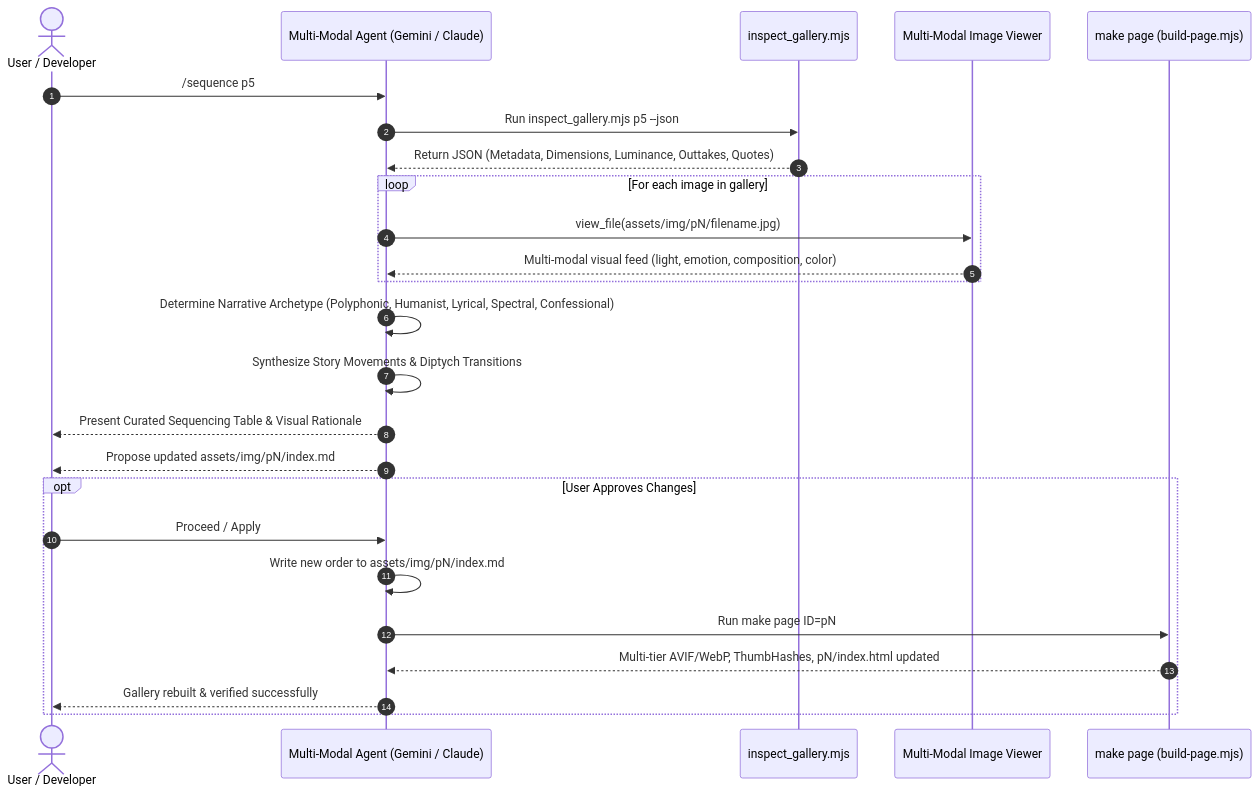
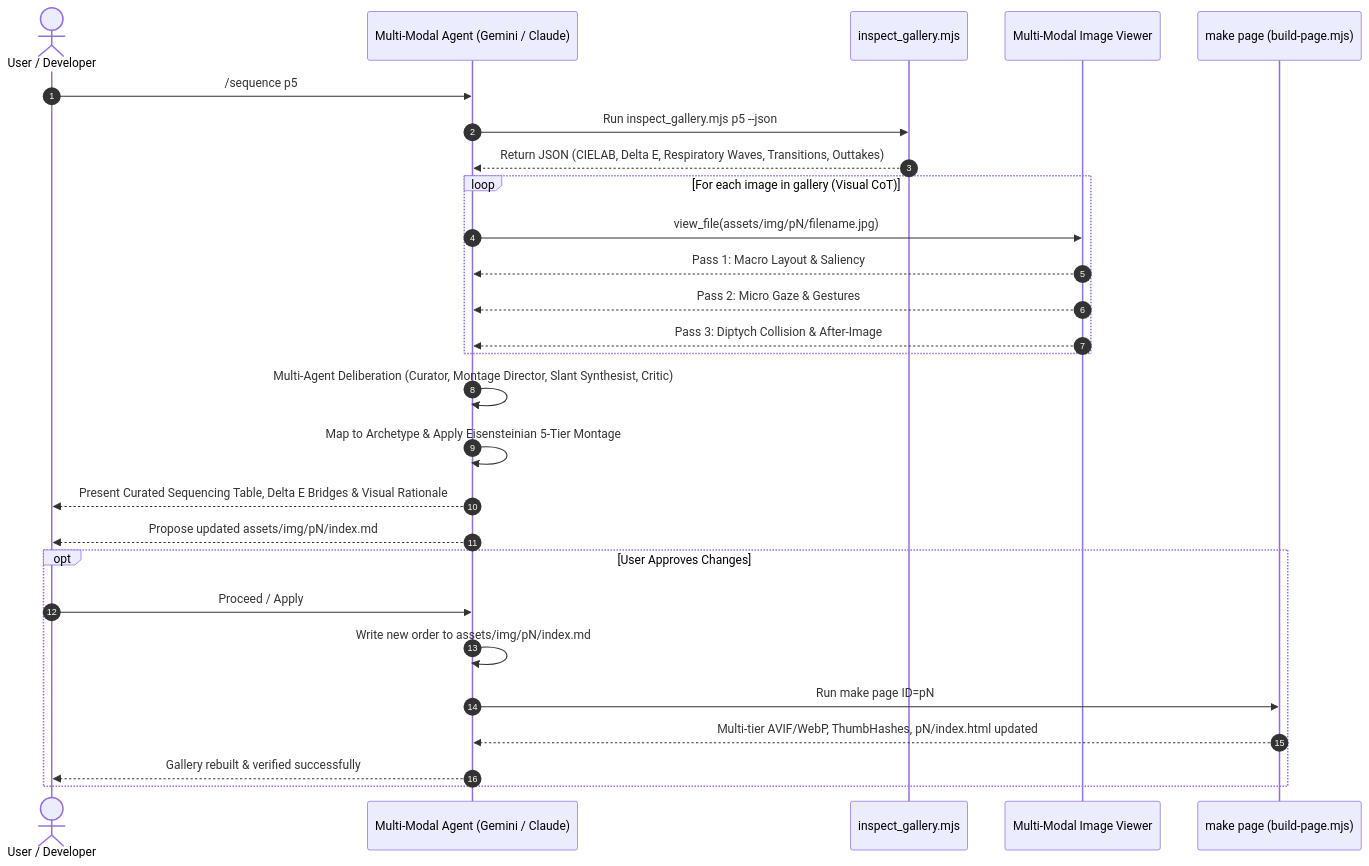
The second of 3 diagrams in docs/sequence-skill-architecture.md (ryusoh/ryusoh.github.io), drawn with Mermaid before and after one commit. The commit also changed other lines of this file, not shown here.

Commit message:
feat(sequence): enhance `/sequence` skill with neuro-symbolic workflow and respiratory metrics

````diff
--- a/docs/sequence-skill-architecture.md
+++ b/docs/sequence-skill-architecture.md
@@ -71,31 +81,33 @@
 ```mermaid
 sequenceDiagram
     autonumber
     actor User as User / Developer
     participant Agent as Multi-Modal Agent (Gemini / Claude)
     participant Script as inspect_gallery.mjs
     participant Vision as Multi-Modal Image Viewer
     participant Builder as make page (build-page.mjs)
 
     User->>Agent: /sequence p5
     Agent->>Script: Run inspect_gallery.mjs p5 --json
-    Script-->>Agent: Return JSON (Metadata, Dimensions, Luminance, Outtakes, Quotes)
+    Script-->>Agent: Return JSON (CIELAB, Delta E, Respiratory Waves, Transitions, Outtakes)
 
-    loop For each image in gallery
+    loop For each image in gallery (Visual CoT)
         Agent->>Vision: view_file(assets/img/pN/filename.jpg)
-        Vision-->>Agent: Multi-modal visual feed (light, emotion, composition, color)
+        Vision-->>Agent: Pass 1: Macro Layout & Saliency
+        Vision-->>Agent: Pass 2: Micro Gaze & Gestures
+        Vision-->>Agent: Pass 3: Diptych Collision & After-Image
     end
 
-    Agent->>Agent: Determine Narrative Archetype (Polyphonic, Humanist, Lyrical, Spectral, Confessional)
-    Agent->>Agent: Synthesize Story Movements & Diptych Transitions
-    Agent-->>User: Present Curated Sequencing Table & Visual Rationale
+    Agent->>Agent: Multi-Agent Deliberation (Curator, Montage Director, Slant Synthesist, Critic)
+    Agent->>Agent: Map to Archetype & Apply Eisensteinian 5-Tier Montage
+    Agent-->>User: Present Curated Sequencing Table, Delta E Bridges & Visual Rationale
     Agent-->>User: Propose updated assets/img/pN/index.md
 
     opt User Approves Changes
         User->>Agent: Proceed / Apply
         Agent->>Agent: Write new order to assets/img/pN/index.md
         Agent->>Builder: Run make page ID=pN
         Builder-->>Agent: Multi-tier AVIF/WebP, ThumbHashes, pN/index.html updated
         Agent-->>User: Gallery rebuilt & verified successfully
     end
 ```
````
